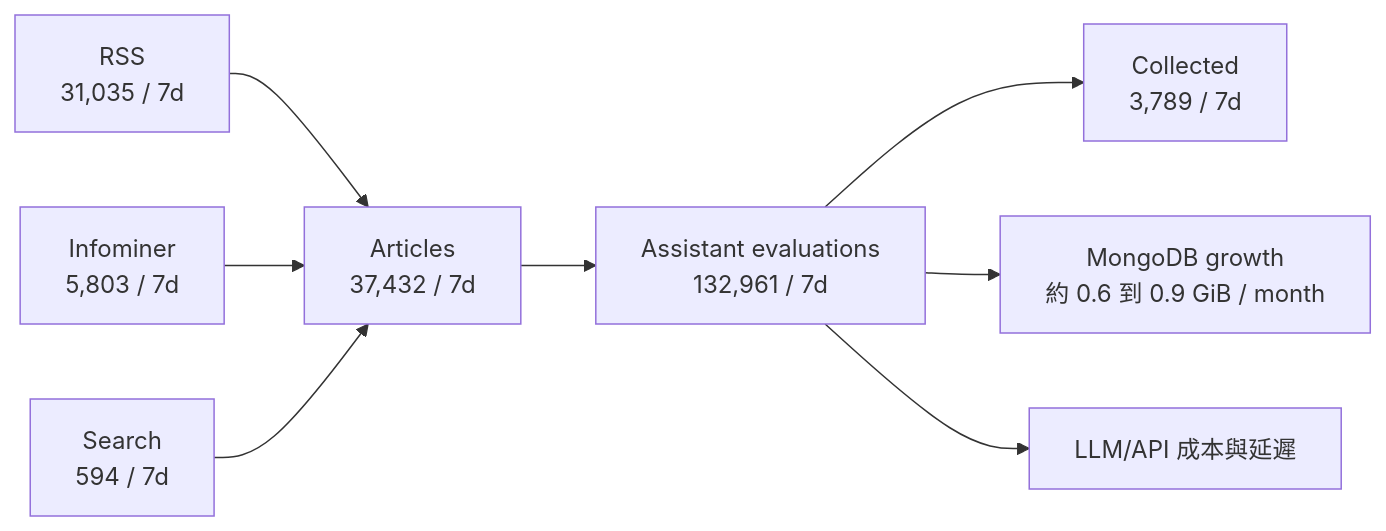
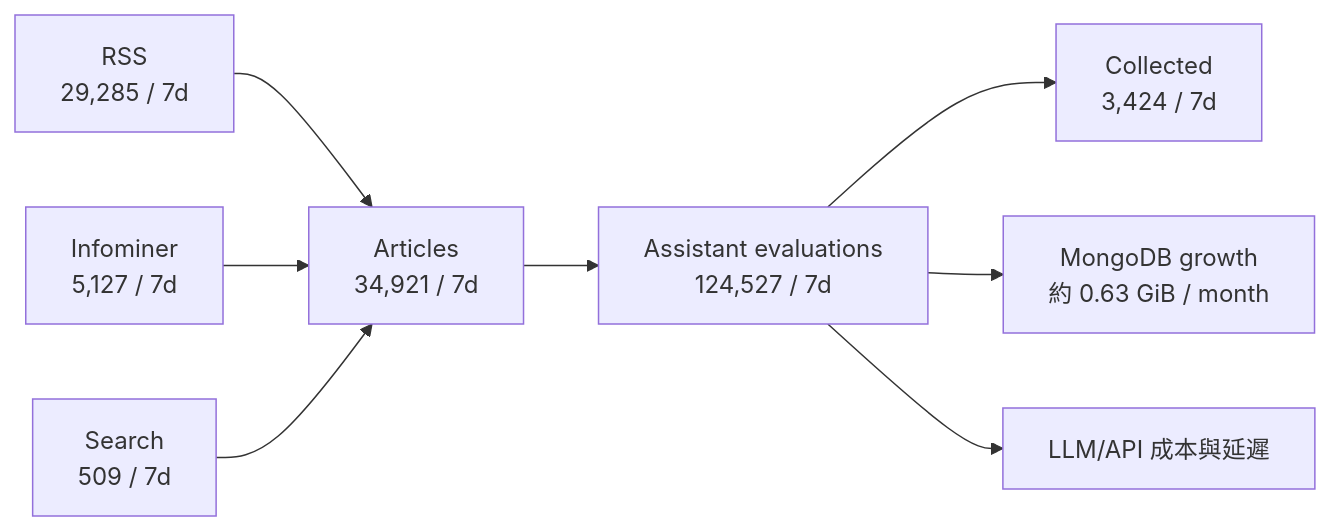
Before and after one commit to chunkai1312/temp: the fourth of 14 diagrams in production-resource-architecture-proposal.md, drawn with Mermaid. The commit also changed other lines of this file, not shown here.

````diff
--- a/production-resource-architecture-proposal.md
+++ b/production-resource-architecture-proposal.md
@@ -192,10 +192,10 @@
 ```mermaid
 flowchart LR
-  RSS["RSS\n31,035 / 7d"] --> ARTICLES["Articles\n37,432 / 7d"]
-  INFOMINER["Infominer\n5,803 / 7d"] --> ARTICLES
-  SEARCH["Search\n594 / 7d"] --> ARTICLES
-  ARTICLES --> EVAL["Assistant evaluations\n132,961 / 7d"]
-  EVAL --> COLLECTED["Collected\n3,789 / 7d"]
-  EVAL --> STORAGE["MongoDB growth\n約 0.6 到 0.9 GiB / month"]
+  RSS["RSS\n29,285 / 7d"] --> ARTICLES["Articles\n34,921 / 7d"]
+  INFOMINER["Infominer\n5,127 / 7d"] --> ARTICLES
+  SEARCH["Search\n509 / 7d"] --> ARTICLES
+  ARTICLES --> EVAL["Assistant evaluations\n124,527 / 7d"]
+  EVAL --> COLLECTED["Collected\n3,424 / 7d"]
+  EVAL --> STORAGE["MongoDB growth\n約 0.63 GiB / month"]
   EVAL --> LLM["LLM/API 成本與延遲"]
 ```
````
